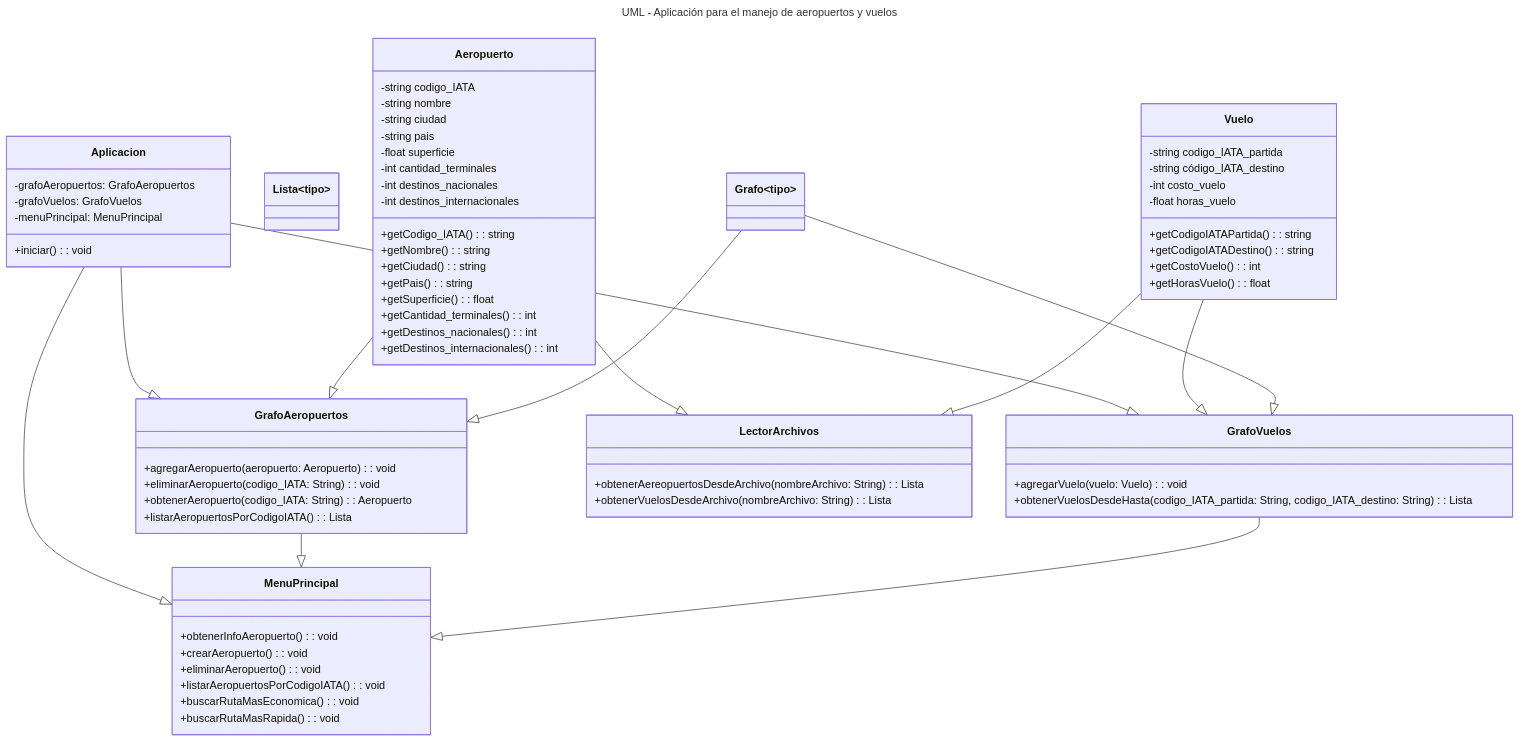
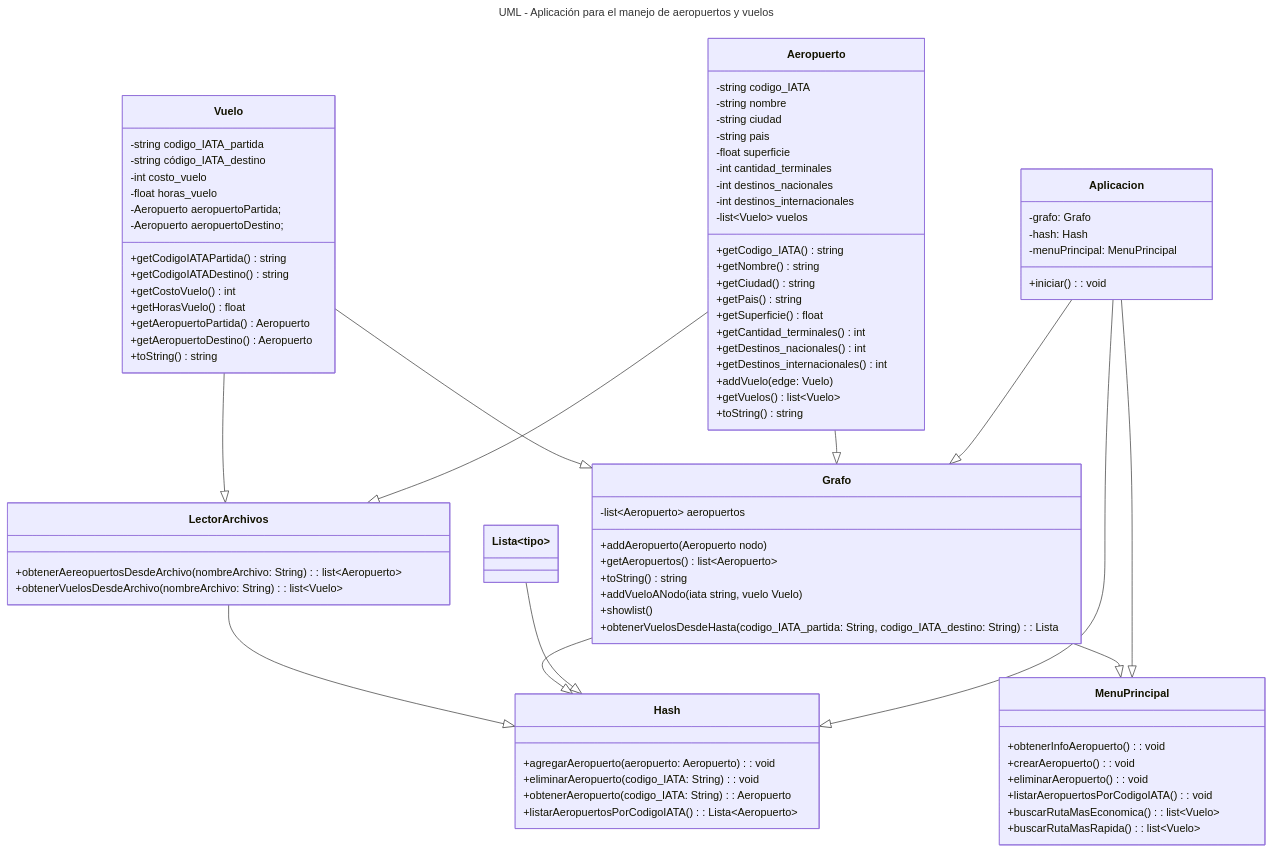
One commit to Algoritmos-2023c2-Grupo1/tp-final changed the diagram in README.md. Above: the diagram before and after it, drawn with Mermaid.

Commit message:
Update DER

````diff
--- a/README.md
+++ b/README.md
@@ -111,8 +111,15 @@
 ---
 
 classDiagram
-    class Grafo~tipo~ {
 
+    class Grafo {
+        -list~Aeropuerto~ aeropuertos
+        +addAeropuerto(Aeropuerto nodo)
+        +getAeropuertos() list~Aeropuerto~
+        +toString() string 
+        +addVueloANodo(iata string, vuelo Vuelo)
+        +showlist()
+        +obtenerVuelosDesdeHasta(codigo_IATA_partida: String, codigo_IATA_destino: String): Lista<Vuelo>
     }
     
     class Lista~tipo~ {
@@ -128,14 +135,18 @@
         -int cantidad_terminales 
         -int destinos_nacionales 
         -int destinos_internacionales
-        +getCodigo_IATA(): string
-        +getNombre(): string
-        +getCiudad(): string
-        +getPais(): string
-        +getSuperficie(): float
-        +getCantidad_terminales(): int
-        +getDestinos_nacionales(): int
-        +getDestinos_internacionales(): int
+        -list~Vuelo~ vuelos
+        +getCodigo_IATA() string
+        +getNombre() string
+        +getCiudad() string
+        +getPais() string
+        +getSuperficie() float
+        +getCantidad_terminales() int
+        +getDestinos_nacionales() int
+        +getDestinos_internacionales() int
+        +addVuelo(edge: Vuelo)
+        +getVuelos() list~Vuelo~
+        +toString() string
     }
 
     class Vuelo {
@@ -143,57 +154,58 @@
         -string código_IATA_destino 
         -int costo_vuelo 
         -float horas_vuelo
-        +getCodigoIATAPartida() : string 
-        +getCodigoIATADestino() : string 
-        +getCostoVuelo() : int 
-        +getHorasVuelo() : float
+        -Aeropuerto aeropuertoPartida;
+        -Aeropuerto aeropuertoDestino;
+        +getCodigoIATAPartida() string 
+        +getCodigoIATADestino() string 
+        +getCostoVuelo() int 
+        +getHorasVuelo() float
+        +getAeropuertoPartida() Aeropuerto
+        +getAeropuertoDestino() Aeropuerto
+        +toString() string
     }
     
-    class GrafoAeropuertos {
+    class Hash {
         +agregarAeropuerto(aeropuerto: Aeropuerto): void
         +eliminarAeropuerto(codigo_IATA: String): void
         +obtenerAeropuerto(codigo_IATA: String): Aeropuerto
-        +listarAeropuertosPorCodigoIATA(): Lista<Aeropuerto>
+        +listarAeropuertosPorCodigoIATA(): Lista~Aeropuerto~
     }
 
-    class GrafoVuelos {
-        +agregarVuelo(vuelo: Vuelo): void
-        +obtenerVuelosDesdeHasta(codigo_IATA_partida: String, codigo_IATA_destino: String): Lista<Vuelo>
-    }
-    
     class MenuPrincipal {
         +obtenerInfoAeropuerto(): void
         +crearAeropuerto(): void
         +eliminarAeropuerto(): void
         +listarAeropuertosPorCodigoIATA(): void
-        +buscarRutaMasEconomica(): void
-        +buscarRutaMasRapida(): void
+        +buscarRutaMasEconomica(): list~Vuelo~
+        +buscarRutaMasRapida(): list~Vuelo~
     }
     
     class Aplicacion {
-        -grafoAeropuertos: GrafoAeropuertos
-        -grafoVuelos: GrafoVuelos
+        -grafo: Grafo
+        -hash: Hash
         -menuPrincipal: MenuPrincipal
         +iniciar(): void
     }
     
     class LectorArchivos {
-        +obtenerAereopuertosDesdeArchivo(nombreArchivo: String): Lista<Aeropuerto>
-        +obtenerVuelosDesdeArchivo(nombreArchivo: String): Lista<Vuelo>
+        +obtenerAereopuertosDesdeArchivo(nombreArchivo: String): list~Aeropuerto~
+        +obtenerVuelosDesdeArchivo(nombreArchivo: String): list~Vuelo~
     }
 
-    Aplicacion --|> GrafoAeropuertos
-    Aplicacion --|> GrafoVuelos
+    Aplicacion --|> Grafo
+    Aplicacion --|> Hash
     Aplicacion --|> MenuPrincipal
 		
     Aeropuerto --|> LectorArchivos
-    Aeropuerto --|> GrafoAeropuertos
+    Aeropuerto --|> Grafo
     
-    GrafoAeropuertos --|> MenuPrincipal
-    GrafoVuelos --|> MenuPrincipal
+    Grafo --|> MenuPrincipal
+    
     Vuelo --|> LectorArchivos
-    Vuelo --|> GrafoVuelos
+    Vuelo --|> Grafo
 
-    Grafo --|> GrafoVuelos
-    Grafo --|> GrafoAeropuertos
+    Lista~tipo~ --|> Hash
+    Grafo --|> Hash
+    LectorArchivos --|> Hash
 ```
````
